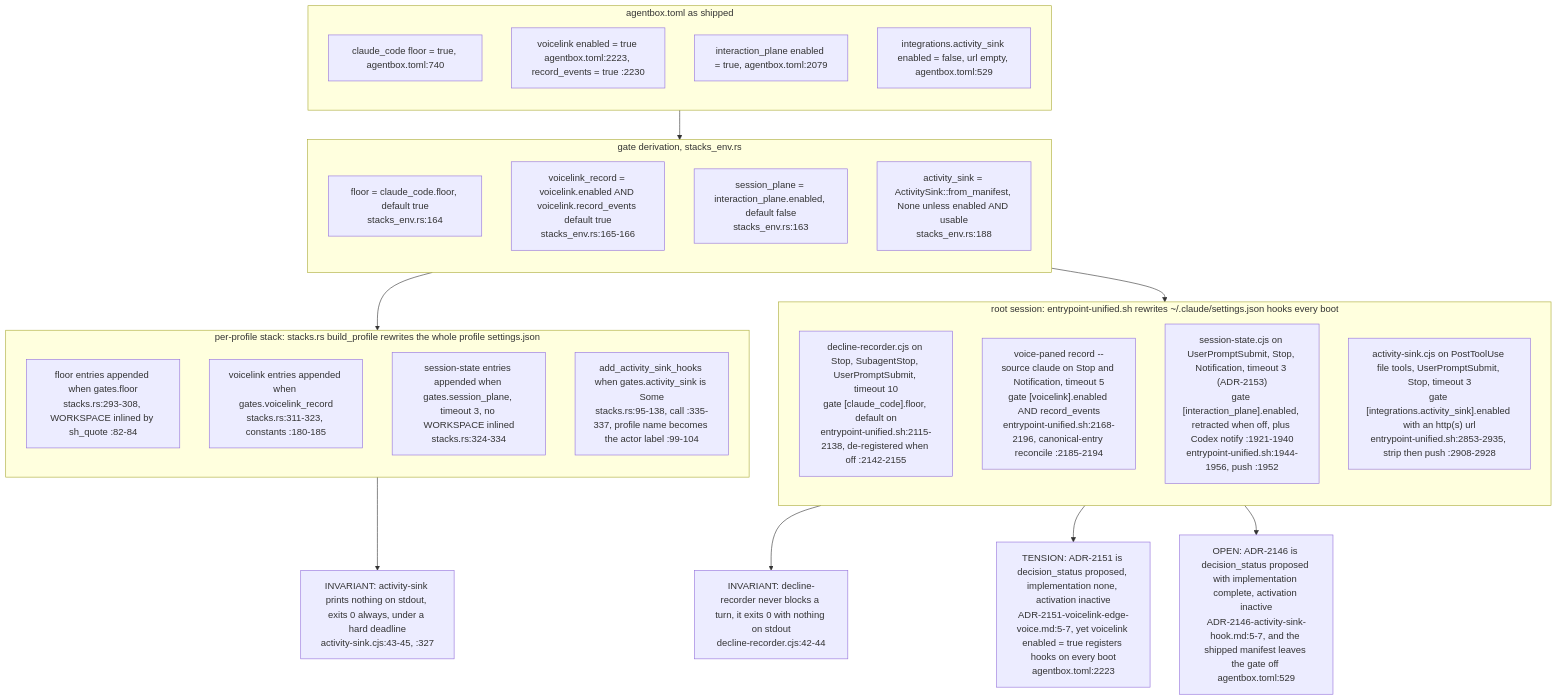
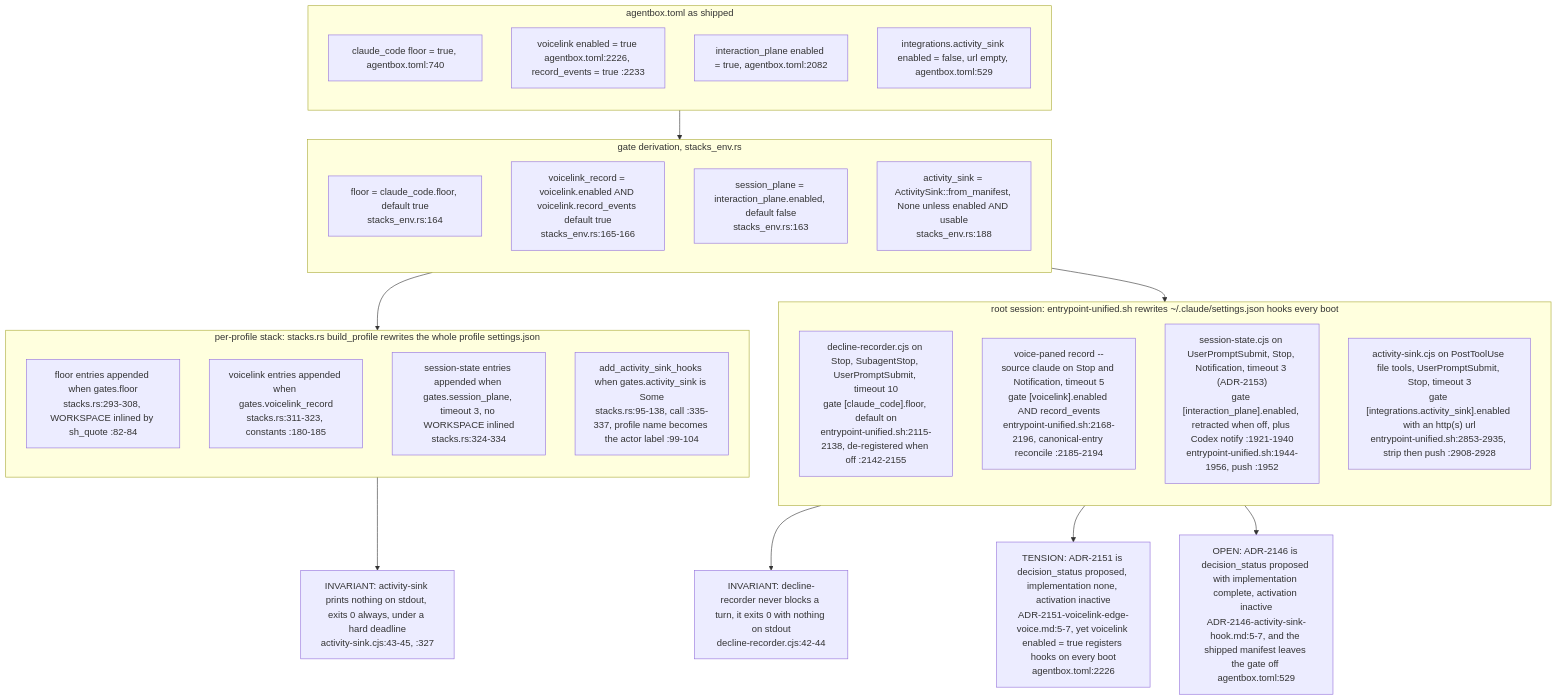
Before and after one commit to DreamLab-AI/VisionFlow: diagram 13 of 13 in docs/diagrams/agentbox/08-hooks-pipeline.md, drawn with Mermaid. The commit also changed other lines of this file and 142 other files, not shown here.

First line of the commit message:
docs(diagrams): one System One route; re-verify 140 topics at today's heads

````diff
--- a/docs/diagrams/agentbox/08-hooks-pipeline.md
+++ b/docs/diagrams/agentbox/08-hooks-pipeline.md
@@ -579,41 +579,41 @@
 ```mermaid
 flowchart TB
     subgraph ROOT["root session: entrypoint-unified.sh rewrites ~/.claude/settings.json hooks every boot"]
     direction TB
     R1["decline-recorder.cjs on Stop, SubagentStop, UserPromptSubmit, timeout 10<br/>gate [claude_code].floor, default on<br/>entrypoint-unified.sh:2115-2138, de-registered when off :2142-2155"]
     R2["voice-paned record --source claude on Stop and Notification, timeout 5<br/>gate [voicelink].enabled AND record_events<br/>entrypoint-unified.sh:2168-2196, canonical-entry reconcile :2185-2194"]
     R4["session-state.cjs on UserPromptSubmit, Stop, Notification, timeout 3 (ADR-2153)<br/>gate [interaction_plane].enabled, retracted when off, plus Codex notify :1921-1940<br/>entrypoint-unified.sh:1944-1956, push :1952"]
     R3["activity-sink.cjs on PostToolUse file tools, UserPromptSubmit, Stop, timeout 3<br/>gate [integrations.activity_sink].enabled with an http(s) url<br/>entrypoint-unified.sh:2853-2935, strip then push :2908-2928"]
     end
     subgraph PROF["per-profile stack: stacks.rs build_profile rewrites the whole profile settings.json"]
     direction TB
     P1["floor entries appended when gates.floor<br/>stacks.rs:293-308, WORKSPACE inlined by sh_quote :82-84"]
     P2["voicelink entries appended when gates.voicelink_record<br/>stacks.rs:311-323, constants :180-185"]
     P4["session-state entries appended when gates.session_plane, timeout 3, no WORKSPACE inlined<br/>stacks.rs:324-334"]
     P3["add_activity_sink_hooks when gates.activity_sink is Some<br/>stacks.rs:95-138, call :335-337, profile name becomes the actor label :99-104"]
     end
     subgraph GATE["gate derivation, stacks_env.rs"]
     direction TB
     G1["floor = claude_code.floor, default true<br/>stacks_env.rs:164"]
     G2["voicelink_record = voicelink.enabled AND voicelink.record_events default true<br/>stacks_env.rs:165-166"]
     G4["session_plane = interaction_plane.enabled, default false<br/>stacks_env.rs:163"]
     G3["activity_sink = ActivitySink::from_manifest, None unless enabled AND usable<br/>stacks_env.rs:188"]
     end
     subgraph MAN["agentbox.toml as shipped"]
     direction TB
     M1["claude_code floor = true, agentbox.toml:740"]
-    M2["voicelink enabled = true agentbox.toml:2223, record_events = true :2230"]
-    M4["interaction_plane enabled = true, agentbox.toml:2079"]
+    M2["voicelink enabled = true agentbox.toml:2226, record_events = true :2233"]
+    M4["interaction_plane enabled = true, agentbox.toml:2082"]
     M3["integrations.activity_sink enabled = false, url empty, agentbox.toml:529"]
     end
     MAN --> GATE --> PROF
     GATE --> ROOT
     NOTE1["INVARIANT: decline-recorder never blocks a turn, it exits 0 with nothing on stdout<br/>decline-recorder.cjs:42-44"]
     NOTE2["INVARIANT: activity-sink prints nothing on stdout, exits 0 always, under a hard deadline<br/>activity-sink.cjs:43-45, :327"]
-    NOTE3["TENSION: ADR-2151 is decision_status proposed, implementation none, activation inactive<br/>ADR-2151-voicelink-edge-voice.md:5-7, yet voicelink enabled = true registers hooks on every boot<br/>agentbox.toml:2223"]
+    NOTE3["TENSION: ADR-2151 is decision_status proposed, implementation none, activation inactive<br/>ADR-2151-voicelink-edge-voice.md:5-7, yet voicelink enabled = true registers hooks on every boot<br/>agentbox.toml:2226"]
     NOTE4["OPEN: ADR-2146 is decision_status proposed with implementation complete, activation inactive<br/>ADR-2146-activity-sink-hook.md:5-7, and the shipped manifest leaves the gate off agentbox.toml:529"]
     ROOT --> NOTE1
     PROF --> NOTE2
     ROOT --> NOTE3
     ROOT --> NOTE4
 ```
````
